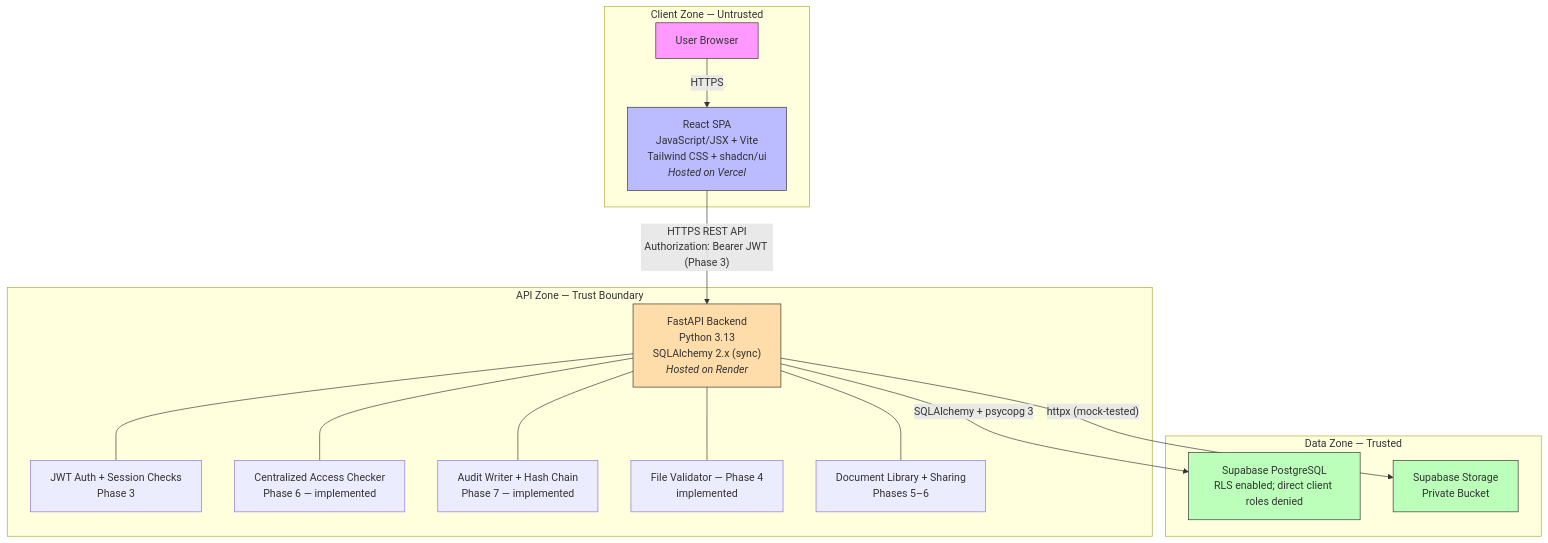
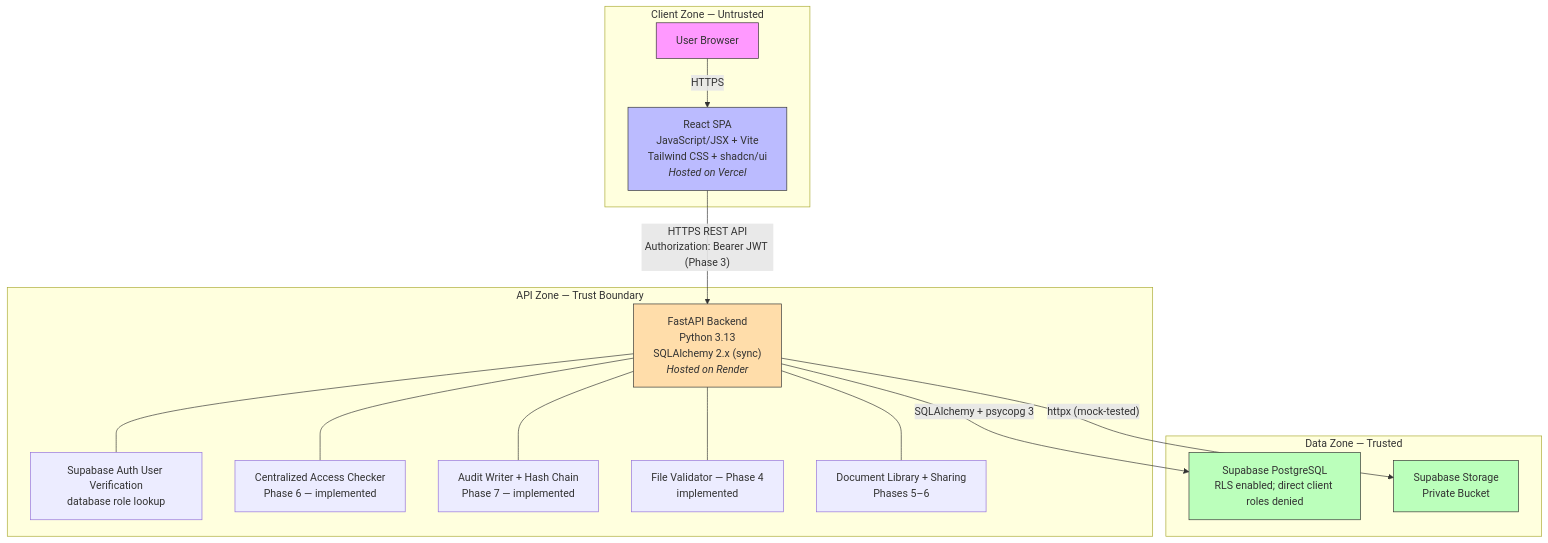
One commit to saisankeerth27/TrustVault changed the first of 4 diagrams in docs/ARCHITECTURE.md. Above: the diagram before and after it, drawn with Mermaid. The commit also changed other lines of this file and 38 other files, not shown here.

````diff
--- a/docs/ARCHITECTURE.md
+++ b/docs/ARCHITECTURE.md
@@ -11,37 +11,37 @@
 ```mermaid
 graph TB
     subgraph "Client Zone — Untrusted"
         Browser["User Browser"]
         ReactSPA["React SPA<br/>JavaScript/JSX + Vite<br/>Tailwind CSS + shadcn/ui<br/><i>Hosted on Vercel</i>"]
     end
 
     subgraph "API Zone — Trust Boundary"
         API["FastAPI Backend<br/>Python 3.13<br/>SQLAlchemy 2.x (sync)<br/><i>Hosted on Render</i>"]
-        AuthMW["JWT Auth + Session Checks<br/>Phase 3"]
+        AuthMW["Supabase Auth User Verification<br/>database role lookup"]
         PermCheck["Centralized Access Checker<br/>Phase 6 — implemented"]
         AuditSvc["Audit Writer + Hash Chain<br/>Phase 7 — implemented"]
         FileVal["File Validator — Phase 4<br/>implemented"]
         DocMgmt["Document Library + Sharing<br/>Phases 5–6"]
     end
 
     subgraph "Data Zone — Trusted"
         DB["Supabase PostgreSQL<br/>RLS enabled; direct client roles denied"]
         S3["Supabase Storage<br/>Private Bucket"]
     end
 
     Browser -->|"HTTPS"| ReactSPA
     ReactSPA -->|"HTTPS REST API<br/>Authorization: Bearer JWT (Phase 3)"| API
     API --- AuthMW
     API --- PermCheck
     API --- AuditSvc
     API --- FileVal
     API --- DocMgmt
     API -->|"SQLAlchemy + psycopg 3"| DB
     API -->|"httpx (mock-tested)"| S3
 
     style Browser fill:#f9f,stroke:#333
     style ReactSPA fill:#bbf,stroke:#333
     style API fill:#fda,stroke:#333
     style DB fill:#bfb,stroke:#333
     style S3 fill:#bfb,stroke:#333
 ```
````
